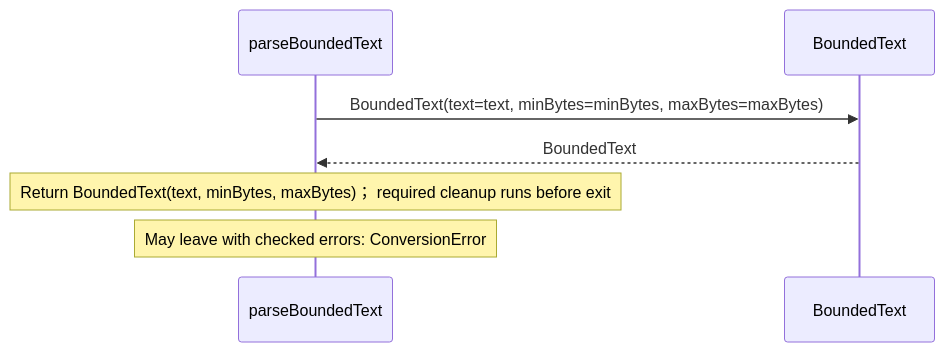
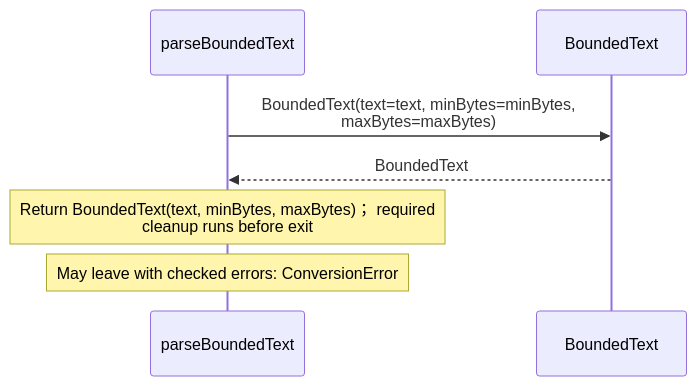
One commit to GreenPandaStudios/augscript changed the fifth of 5 diagrams in src/stdlib/values/text.aug.diagrams.md. Above: the diagram before and after it, drawn with Mermaid. The commit also changed other lines of this file and 200 other files, not shown here.

Commit message:
Group imported operations and wrap readable sequence messages

````diff
--- a/src/stdlib/values/text.aug.diagrams.md
+++ b/src/stdlib/values/text.aug.diagrams.md
@@ -108,9 +104,9 @@
 ```mermaid
 sequenceDiagram
     participant p0 as parseBoundedText
     participant p1 as BoundedText
-    p0->>p1: BoundedText(text=text, minBytes=minBytes, maxBytes=maxBytes)
+    p0->>p1: BoundedText(text=text, minBytes=minBytes,<br/>maxBytes=maxBytes)
     p1-->>p0: BoundedText
-    Note over p0: Return BoundedText(text, minBytes, maxBytes)； required cleanup runs before exit
+    Note over p0: Return BoundedText(text, minBytes, maxBytes)； required<br/>cleanup runs before exit
     Note over p0: May leave with checked errors: ConversionError
 ```
````
